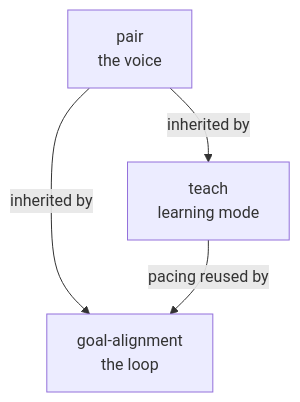
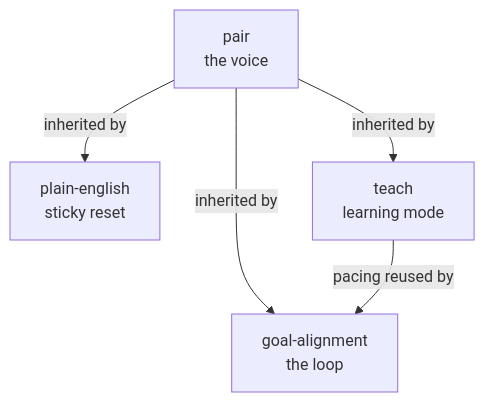
Before and after one commit to raviautar/architect-in-the-loop: the diagram in README.md, drawn with Mermaid. The commit also changed other lines of this file and 3 other files, not shown here.

Commit message:
Add plain-english skill: SKILL.md + README, wired into pair inheritance

````diff
--- a/README.md
+++ b/README.md
@@ -19,9 +21,11 @@
 ```mermaid
 flowchart TD
     pair["pair<br/>the voice"]
+    plain["plain-english<br/>sticky reset"]
     teach["teach<br/>learning mode"]
     goal["goal-alignment<br/>the loop"]
+    pair -->|inherited by| plain
     pair -->|inherited by| teach
     pair -->|inherited by| goal
     teach -->|pacing reused by| goal
 ```
````
